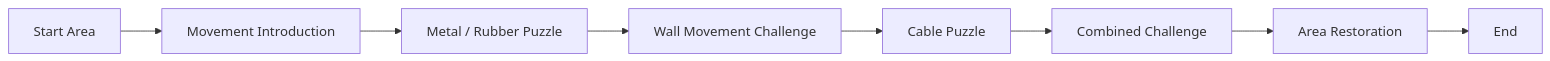
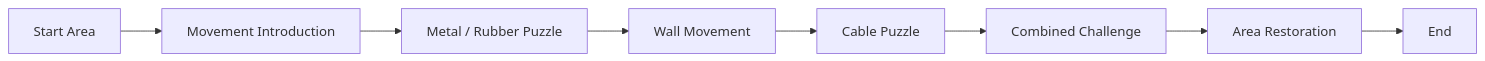
The sixth of 10 diagrams in Docs/04_Level_Design.md (DalYeoU/Spark), drawn with Mermaid before and after one commit. The commit also changed other lines of this file, not shown here.

First line of the commit message:
SPARK-60 Wall Slide/Wall Jump 학습 유도 설계 반영

````diff
--- a/Docs/04_Level_Design.md
+++ b/Docs/04_Level_Design.md
@@ -357,4 +357,4 @@
 ```mermaid
 flowchart LR
-    A[Start Area] --> B[Movement Introduction] --> C[Metal / Rubber Puzzle] --> D[Wall Movement Challenge] --> E[Cable Puzzle] --> F[Combined Challenge] --> G[Area Restoration] --> H[End]
+    A[Start Area] --> B[Movement Introduction] --> C[Metal / Rubber Puzzle] --> D[Wall Movement] --> E[Cable Puzzle] --> F[Combined Challenge] --> G[Area Restoration] --> H[End]
 ```
````
